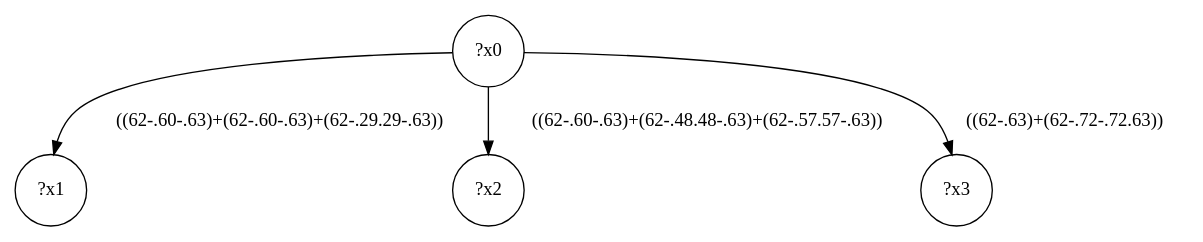
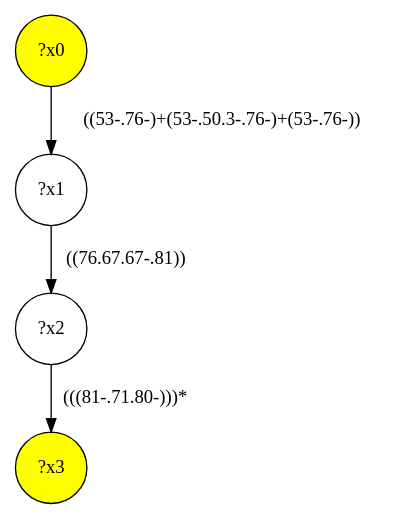
One commit to MathieuGicquel/federated-benchmark changed the diagram in lib/gmark/demo/shop/shop-interface/query-2.dot. Above: the diagram before and after it, drawn with Graphviz. The commit also changed 354 other files, not shown here.

```diff
--- a/lib/gmark/demo/shop/shop-interface/query-2.dot
+++ b/lib/gmark/demo/shop/shop-interface/query-2.dot
@@ -1,9 +1,9 @@
 digraph g {
-	x0 [shape=circle, label="?x0"];
+	x0 [fillcolor="yellow", style="filled," shape=circle, label="?x0"];
+	x3 [fillcolor="yellow", style="filled," shape=circle, label="?x3"];
 	x1 [shape=circle, label="?x1"];
-	x0 -> x1 [label="((62-.60-.63)+(62-.60-.63)+(62-.29.29-.63))"];
+	x0 -> x1 [label="((53-.76-)+(53-.50.3-.76-)+(53-.76-))"];
 	x2 [shape=circle, label="?x2"];
-	x0 -> x2 [label="((62-.60-.63)+(62-.48.48-.63)+(62-.57.57-.63))"];
-	x3 [shape=circle, label="?x3"];
-	x0 -> x3 [label="((62-.63)+(62-.72-.72.63))"];
+	x1 -> x2 [label="((76.67.67-.81))"];
+	x2 -> x3 [label="(((81-.71.80-)))*"];
 }
```
